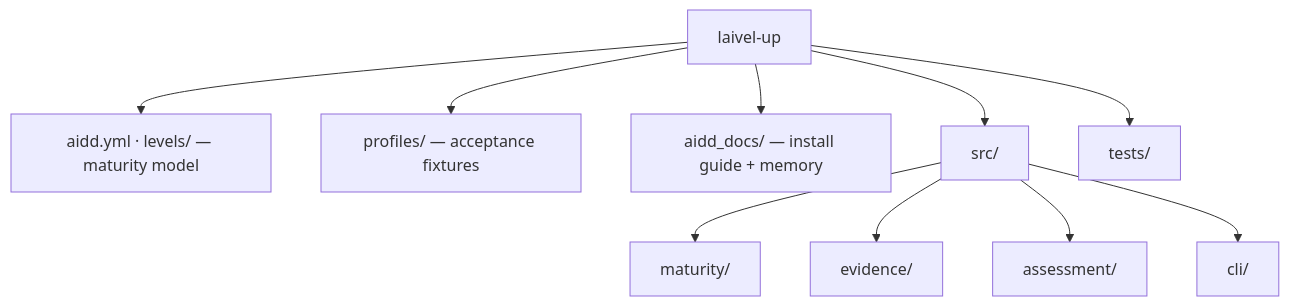
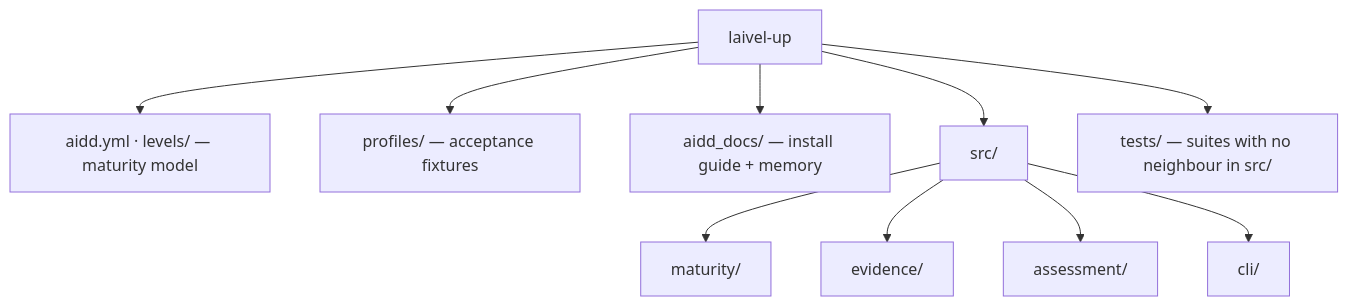
One commit to BlandineRdl/aidd-audit changed the diagram in aidd_docs/memory/codebase-map.md. Above: the diagram before and after it, drawn with Mermaid. The commit also changed other lines of this file and 19 other files, not shown here.

````diff
--- a/aidd_docs/memory/codebase-map.md
+++ b/aidd_docs/memory/codebase-map.md
@@ -7,14 +7,14 @@
 ```mermaid
 flowchart TD
   ROOT["laivel-up"] --> MODEL["aidd.yml · levels/ — maturity model"]
   ROOT --> FIX["profiles/ — acceptance fixtures"]
   ROOT --> DOCS["aidd_docs/ — install guide + memory"]
   ROOT --> SRC["src/"]
-  ROOT --> TESTS["tests/"]
+  ROOT --> TESTS["tests/ — suites with no neighbour in src/"]
 
   SRC --> MAT["maturity/"]
   SRC --> EV["evidence/"]
   SRC --> AS["assessment/"]
   SRC --> CLI["cli/"]
 
 ```
````
